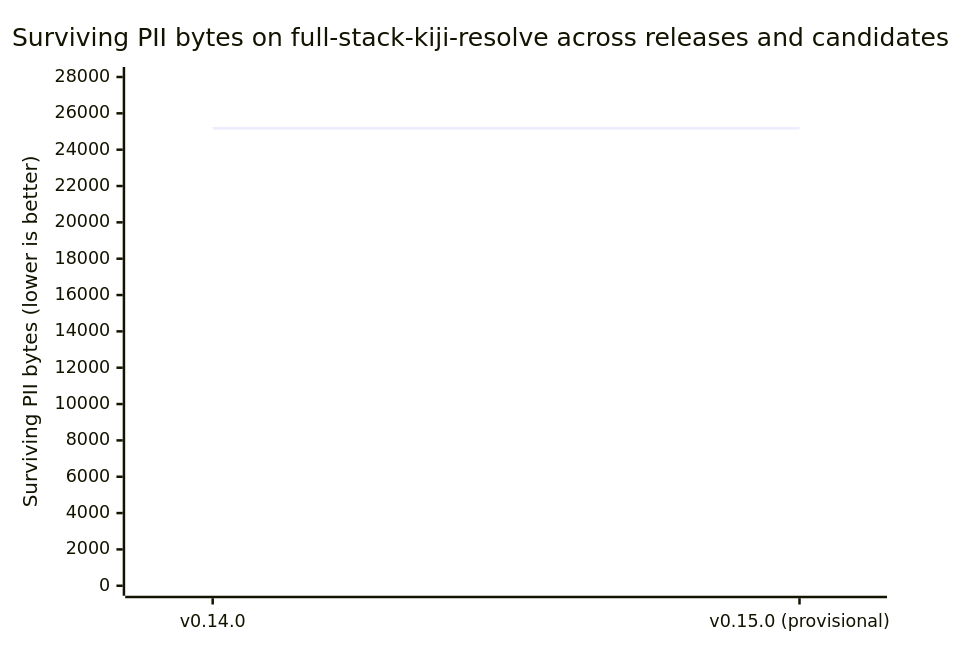
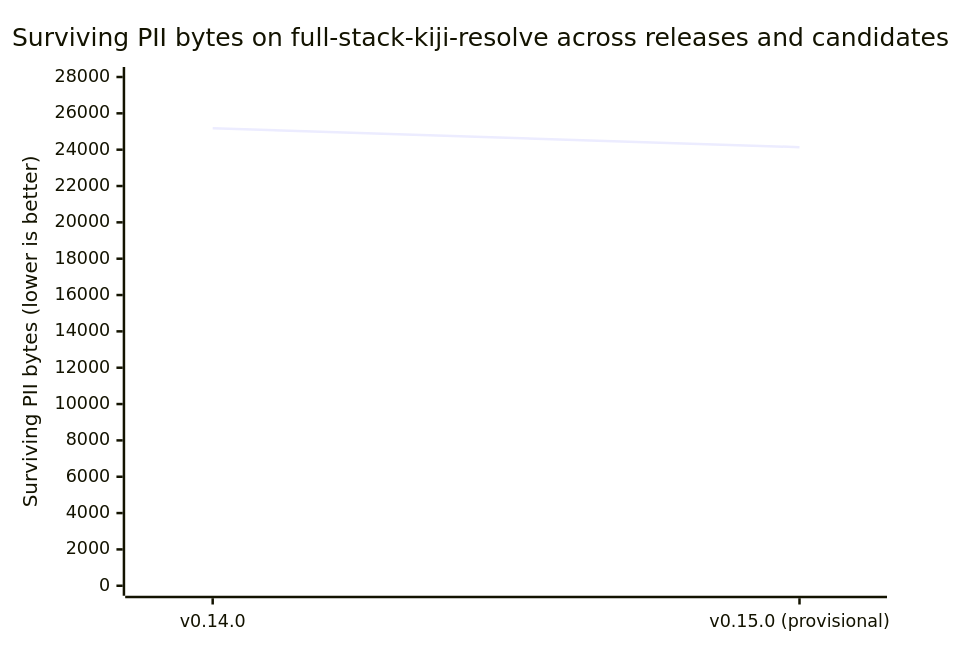
Before and after one commit to CertaMesh/gaze: the second of 2 diagrams in docs/reference/benchmarks/README.md, drawn with Mermaid. The commit also changed other lines of this file and 2 other files, not shown here.

````diff
--- a/docs/reference/benchmarks/README.md
+++ b/docs/reference/benchmarks/README.md
@@ -259,7 +259,7 @@
 ```mermaid
 xychart-beta
     title "Surviving PII bytes on full-stack-kiji-resolve across releases and candidates"
     x-axis ["v0.14.0", "v0.15.0 (provisional)"]
     y-axis "Surviving PII bytes (lower is better)" 0 --> 28000
-    line [25179, 25179]
+    line [25179, 24140]
 ```
````
